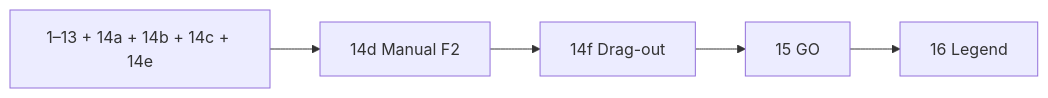
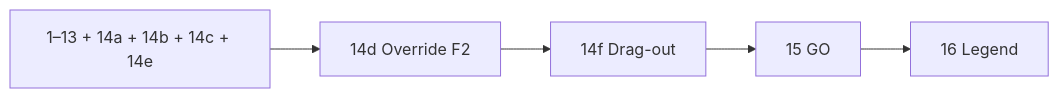
The diagram in docs/plans/rename-list-ui.plan.md (davidohana/finebytes), drawn with Mermaid before and after one commit. The commit also changed other lines of this file, not shown here.

First line of the commit message:
Update terminology in Rename List documentation to reflect 'Manual Override' instead of 'Manual Rename'

````diff
--- a/docs/plans/rename-list-ui.plan.md
+++ b/docs/plans/rename-list-ui.plan.md
@@ -136,10 +136,10 @@
 ```mermaid
 flowchart LR
   Done[1–13 + 14a + 14b + 14c + 14e]
-  P14d[14d Manual F2]
+  P14d[14d Override F2]
   P14f[14f Drag-out]
   P15[15 GO]
   P16[16 Legend]
   Done --> P14d
   P14d --> P14f --> P15 --> P16
 ```
````
